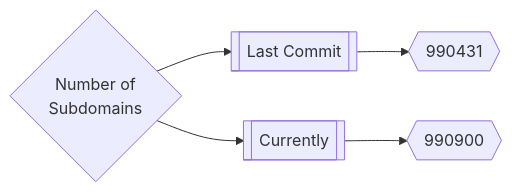
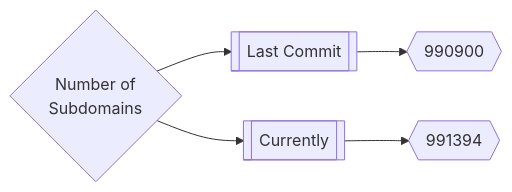
The first of 3 diagrams in README.md (trickest/inventory), drawn with Mermaid before and after one commit. The commit also changed other lines of this file, not shown here.

Commit message:
Update README.md Tue Aug  2 21:50:34 UTC 2022

````diff
--- a/README.md
+++ b/README.md
@@ -167,5 +167,5 @@
 ```mermaid
 graph LR
-title{Number of<br>Subdomains} --> subdomainsDate1[[Last Commit]] --> subdomainsNum1{{990431}}
-title --> subdomainsDate2[[Currently]] --> subdomainsNum2{{990900}}
+title{Number of<br>Subdomains} --> subdomainsDate1[[Last Commit]] --> subdomainsNum1{{990900}}
+title --> subdomainsDate2[[Currently]] --> subdomainsNum2{{991394}}
 ```
````
